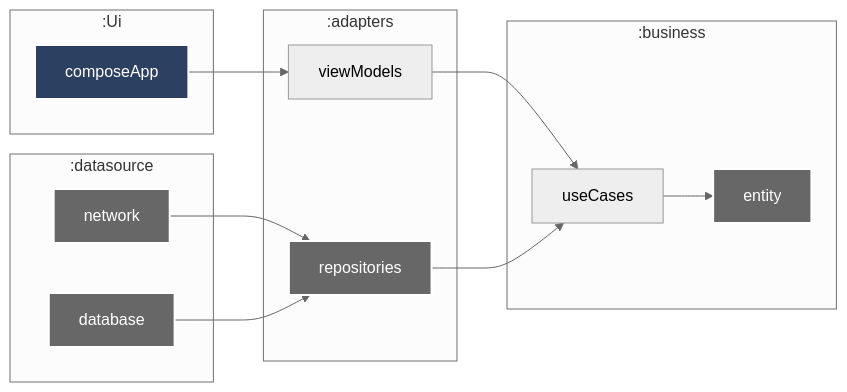
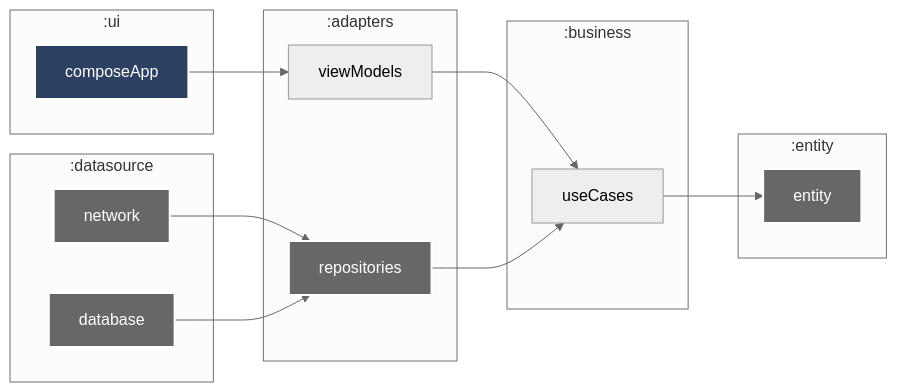
Before and after one commit to enirsilvaferraz/Pokedex: the diagram in MERMAID.md, drawn with Mermaid.

Commit message:
Refactor: Update Mermaid diagram architecture
This commit updates the Mermaid diagram in `MERMAID.md` to reflect a change in the application's architecture.

Specifically, the `:composeApp` module now interacts with `:adapters:viewModels` instead of `:business:viewModels`. Consequently, `:adapters:viewModels` now interacts with `:business:useCases`.

````diff
--- a/MERMAID.md
+++ b/MERMAID.md
@@ -3,54 +3,57 @@
 ```mermaid
 %%{
   init: {
     'theme': 'neutral'
   }
 }%%
 
 graph LR
 
-  subgraph :Ui
+  subgraph :ui
     :composeApp["composeApp"] 
   end
   
   subgraph :business
+    :business:useCases["useCases"]
+  end
+
+  subgraph :entity
     :business:entity["entity"]
-    :business:useCases["useCases"]
   end
   
   subgraph :adapters
     :adapters:repositories["repositories"]
     :adapters:viewModels["viewModels"]
   end
   
   subgraph :datasource
     :datasource:network["network"]
     :datasource:database["database"]
   end
 
   :composeApp --> :adapters:viewModels
   :adapters:viewModels --> :business:useCases
   :business:useCases --> :business:entity
 %%  :composeApp --> :business:entity
 %%  :composeApp --> :adapters:repositories
 %%  :composeApp --> :datasource:network
 %%  :composeApp --> :datasource:database
 
 %%   :adapters:repositories --> :business:entity
    :adapters:repositories --> :business:useCases
   
 %%  :datasource:network --> :business:entity
   :datasource:network --> :adapters:repositories
   
 %%  :datasource:database --> :business:entity
   :datasource:database --> :adapters:repositories
 
 classDef android-application fill:#2C4162,stroke:#fff,stroke-width:2px,color:#fff;
 classDef unknown fill:#676767,stroke:#fff,stroke-width:2px,color:#fff;
 class :composeApp android-application
 class :business:entity unknown
 class :adapters:repositories unknown
 class :datasource:network unknown
 class :datasource:database unknown
 
 ```
````
